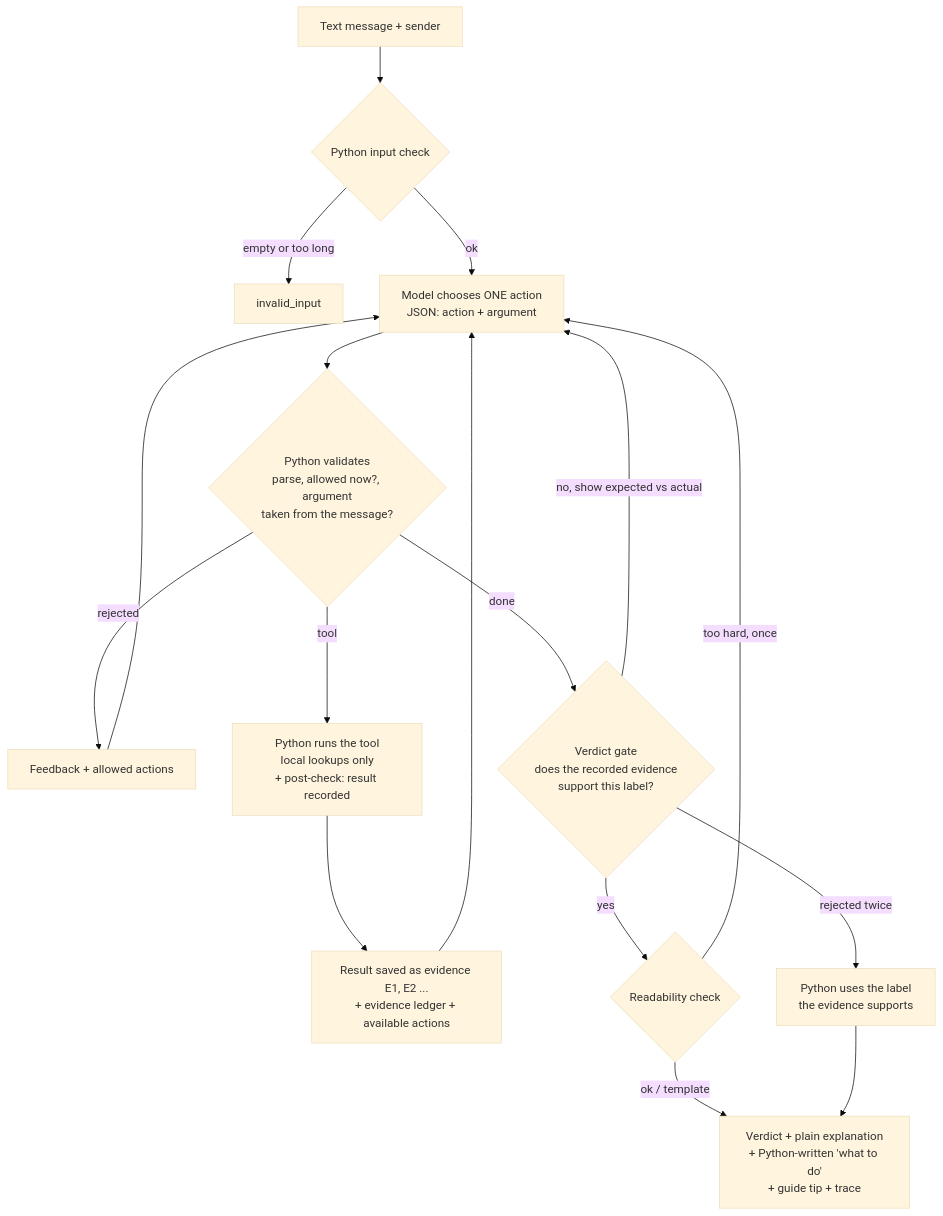
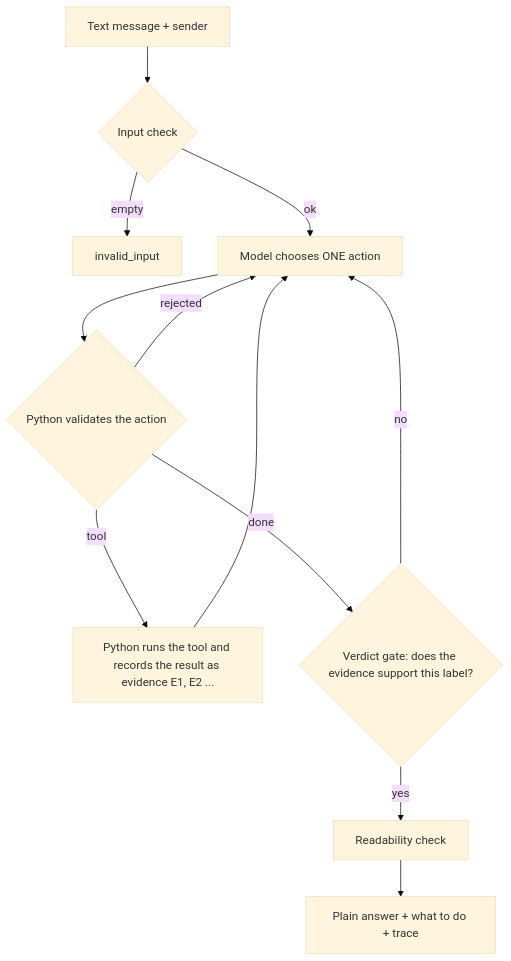
Before and after one commit to ARUNAS95/ScamShield: the diagram in README.md, drawn with Mermaid (base theme). The commit also changed other lines of this file and 1 other file, not shown here.

````diff
--- a/README.md
+++ b/README.md
@@ -84,19 +57,14 @@
 ```mermaid
 flowchart TD
-    A[Text message + sender] --> B{Python input check}
-    B -- empty or too long --> X[invalid_input]
-    B -- ok --> C[Model chooses ONE action<br/>JSON: action + argument]
-    C --> D{Python validates<br/>parse, allowed now?, argument<br/>taken from the message?}
-    D -- rejected --> F[Feedback + allowed actions]
-    F --> C
-    D -- tool --> E[Python runs the tool<br/>local lookups only<br/>+ post-check: result recorded]
-    E --> G[Result saved as evidence E1, E2 ...<br/>+ evidence ledger + available actions]
-    G --> C
-    D -- done --> H{Verdict gate<br/>does the recorded evidence<br/>support this label?}
-    H -- no, show expected vs actual --> C
-    H -- rejected twice --> P[Python uses the label<br/>the evidence supports]
-    H -- yes --> R{Readability check}
-    R -- too hard, once --> C
-    R -- ok / template --> O[Verdict + plain explanation<br/>+ Python-written 'what to do'<br/>+ guide tip + trace]
-    P --> O
+    A[Text message + sender] --> B{Input check}
+    B -- empty --> X[invalid_input]
+    B -- ok --> C[Model chooses ONE action]
+    C --> D{Python validates the action}
+    D -- rejected --> C
+    D -- tool --> E[Python runs the tool and records the result as evidence E1, E2 ...]
+    E --> C
+    D -- done --> H{Verdict gate: does the evidence support this label?}
+    H -- no --> C
+    H -- yes --> R[Readability check]
+    R --> O[Plain answer + what to do + trace]
 ```
````
